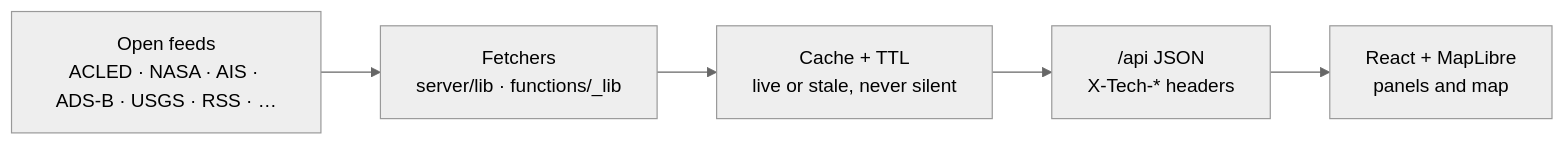
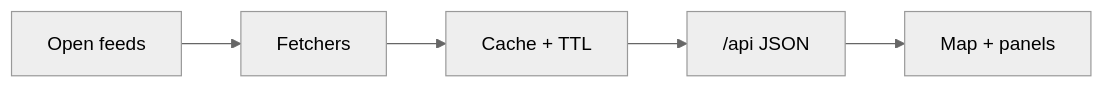
One commit to Nonarkara/globalmonitor changed the diagram in README.md. Above: the diagram before and after it, drawn with Mermaid (neutral theme). The commit also changed other lines of this file, not shown here.

Commit message:
docs: shorten README mermaid labels so GitHub does not clip them
Long <br/> captions truncated in the GitHub renderer (ADS-B became ADS-).
Keep the five-step flow; put source names in the paragraph below.

````diff
--- a/README.md
+++ b/README.md
@@ -39,7 +39,7 @@
 ```mermaid
 flowchart LR
-  A[Open feeds<br/>ACLED · NASA · AIS · ADS-B · USGS · RSS · …] --> B[Fetchers<br/>server/lib · functions/_lib]
-  B --> C[Cache + TTL<br/>live or stale, never silent]
-  C --> D["/api JSON<br/>X-Tech-* headers"]
-  D --> E[React + MapLibre<br/>panels and map]
+  feeds[Open feeds] --> fetchers[Fetchers]
+  fetchers --> cache[Cache + TTL]
+  cache --> api["/api JSON"]
+  api --> ui[Map + panels]
 ```
````
